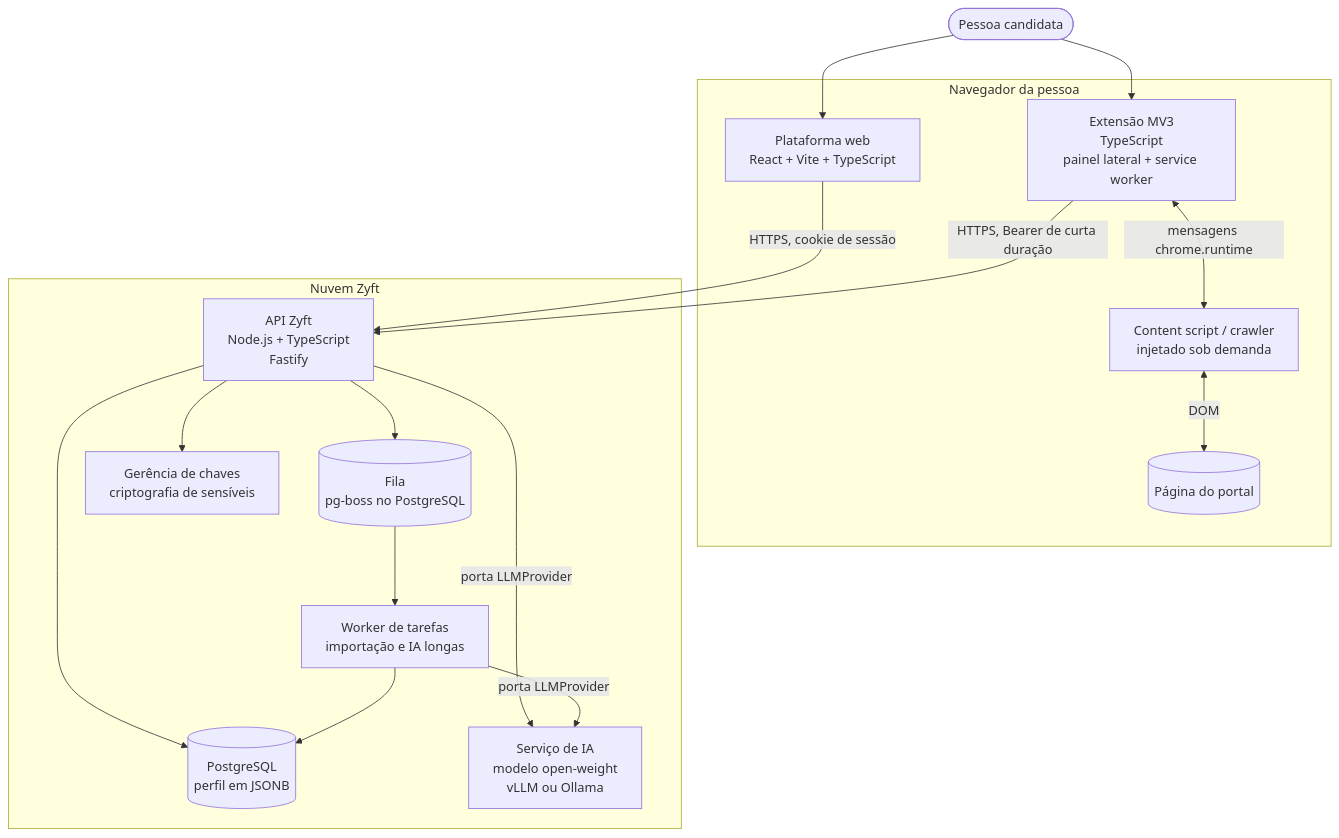
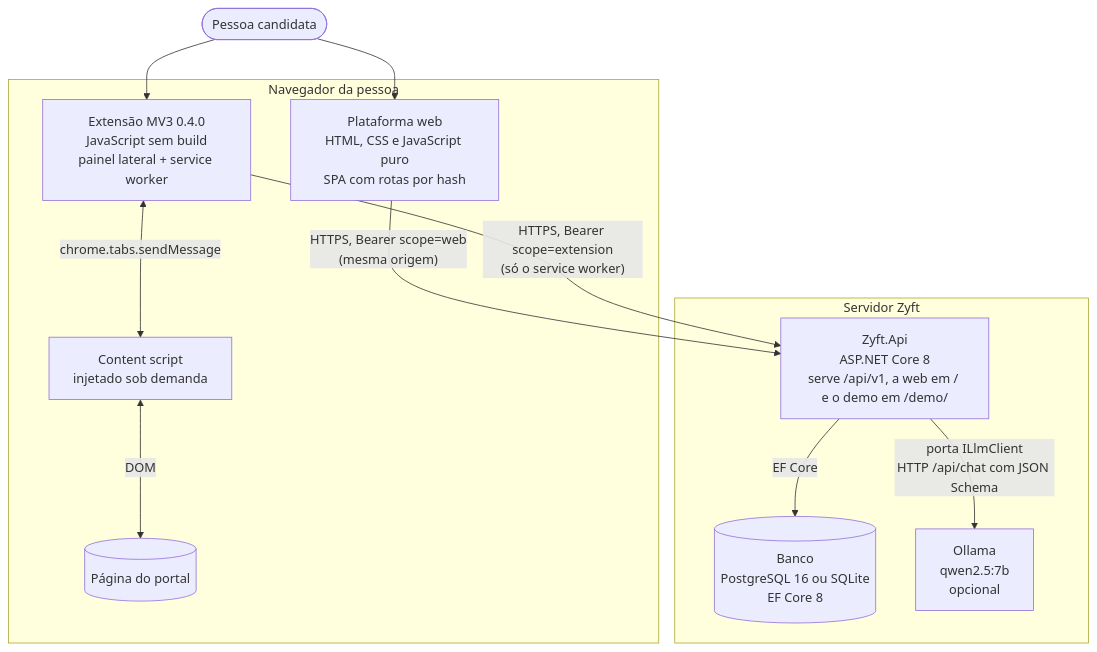
Before and after one commit to Ranchoneetoo26/ZIFY: the second of 9 diagrams in docs/03-arquitetura/dat.md, drawn with Mermaid. The commit also changed other lines of this file and 21 other files, not shown here.

````diff
--- a/docs/03-arquitetura/dat.md
+++ b/docs/03-arquitetura/dat.md
@@ -116,32 +136,24 @@
 ```mermaid
 flowchart TB
   P([Pessoa candidata])
   subgraph Navegador da pessoa
-    EXT[Extensão MV3<br/>TypeScript<br/>painel lateral + service worker]
-    CS[Content script / crawler<br/>injetado sob demanda]
-    WEB[Plataforma web<br/>React + Vite + TypeScript]
+    EXT[Extensão MV3 0.4.0<br/>JavaScript sem build<br/>painel lateral + service worker]
+    CS[Content script<br/>injetado sob demanda]
+    WEB[Plataforma web<br/>HTML, CSS e JavaScript puro<br/>SPA com rotas por hash]
     PG[(Página do portal)]
   end
-  subgraph Nuvem Zyft
-    API[API Zyft<br/>Node.js + TypeScript<br/>Fastify]
-    WRK[Worker de tarefas<br/>importação e IA longas]
-    DB[(PostgreSQL<br/>perfil em JSONB)]
-    Q[(Fila<br/>pg-boss no PostgreSQL)]
-    KMS[Gerência de chaves<br/>criptografia de sensíveis]
-    LLM[Serviço de IA<br/>modelo open-weight<br/>vLLM ou Ollama]
+  subgraph Servidor Zyft
+    API[Zyft.Api<br/>ASP.NET Core 8<br/>serve /api/v1, a web em / e o demo em /demo/]
+    DB[(Banco<br/>PostgreSQL 16 ou SQLite<br/>EF Core 8)]
+    LLM[Ollama<br/>qwen2.5:7b<br/>opcional]
   end
 
   P --> WEB
   P --> EXT
-  EXT <-- "mensagens chrome.runtime" --> CS
+  EXT <-- "chrome.tabs.sendMessage" --> CS
   CS <-- "DOM" --> PG
-  WEB -- "HTTPS, cookie de sessão" --> API
-  EXT -- "HTTPS, Bearer de curta duração" --> API
-  API --> DB
-  API --> Q
-  Q --> WRK
-  WRK --> DB
-  API -- "porta LLMProvider" --> LLM
-  WRK -- "porta LLMProvider" --> LLM
-  API --> KMS
+  WEB -- "HTTPS, Bearer scope=web<br/>(mesma origem)" --> API
+  EXT -- "HTTPS, Bearer scope=extension<br/>(só o service worker)" --> API
+  API -- "EF Core" --> DB
+  API -- "porta ILlmClient<br/>HTTP /api/chat com JSON Schema" --> LLM
 ```
````
